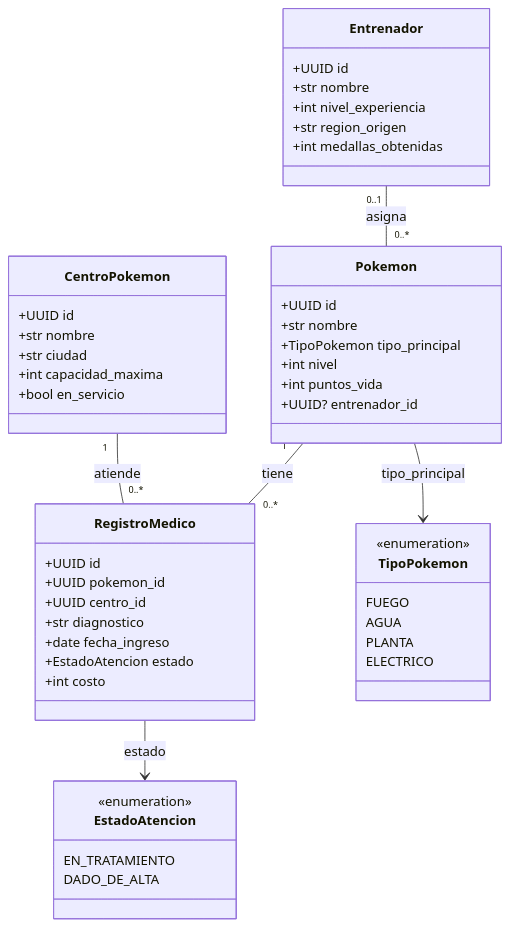
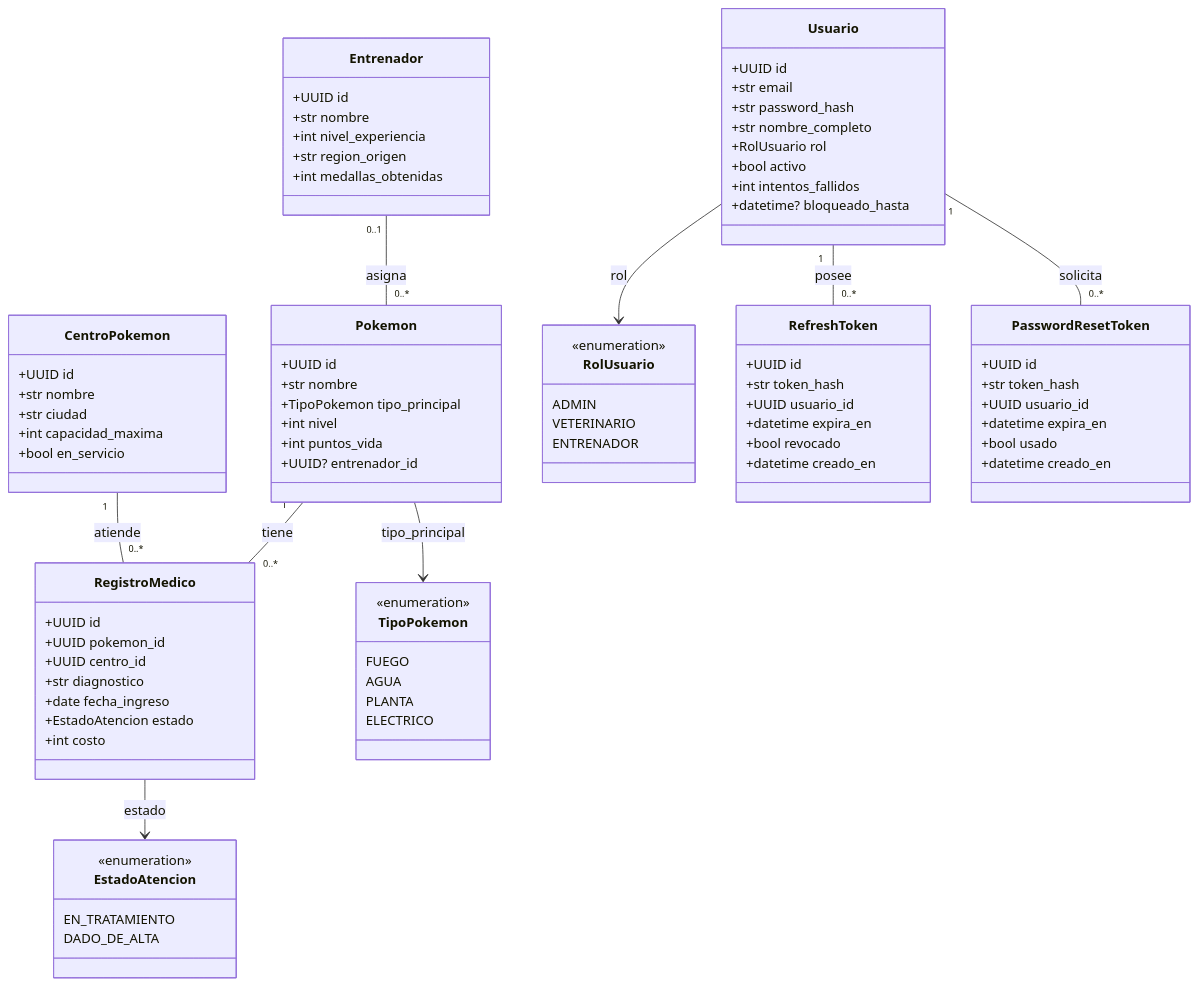
One commit to Cristobaaaal/backend-grupo1-sec3 changed the first of 3 diagrams in docs/diagramas.md. Above: the diagram before and after it, drawn with Mermaid. The commit also changed other lines of this file and 1 other file, not shown here.

Commit message:
docs: registrar matriz de retroalimentacion y actualizar diagramas de dominio y er

```diff
--- a/docs/diagramas.md
+++ b/docs/diagramas.md
@@ -51,7 +51,42 @@
         EN_TRATAMIENTO
         DADO_DE_ALTA
     }
+    class RolUsuario {
+        <<enumeration>>
+        ADMIN
+        VETERINARIO
+        ENTRENADOR
+    }
+    class Usuario {
+        +UUID id
+        +str email
+        +str password_hash
+        +str nombre_completo
+        +RolUsuario rol
+        +bool activo
+        +int intentos_fallidos
+        +datetime? bloqueado_hasta
+    }
+    class RefreshToken {
+        +UUID id
+        +str token_hash
+        +UUID usuario_id
+        +datetime expira_en
+        +bool revocado
+        +datetime creado_en
+    }
+    class PasswordResetToken {
+        +UUID id
+        +str token_hash
+        +UUID usuario_id
+        +datetime expira_en
+        +bool usado
+        +datetime creado_en
+    }
 
+    Usuario "1" -- "0..*" RefreshToken : posee
+    Usuario "1" -- "0..*" PasswordResetToken : solicita
+    Usuario --> RolUsuario : rol
     Entrenador "0..1" -- "0..*" Pokemon : asigna
     Pokemon "1" -- "0..*" RegistroMedico : tiene
     CentroPokemon "1" -- "0..*" RegistroMedico : atiende
```
